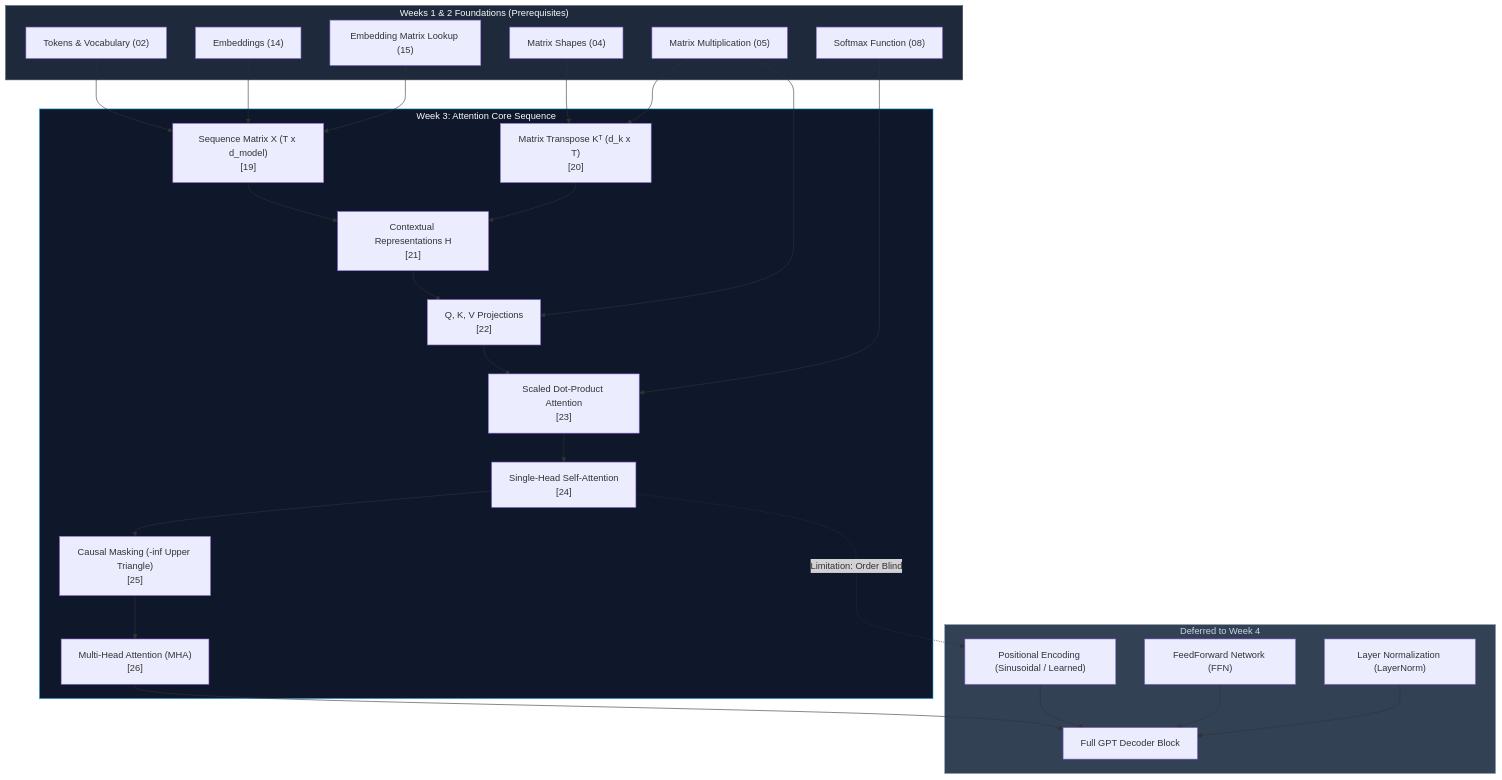
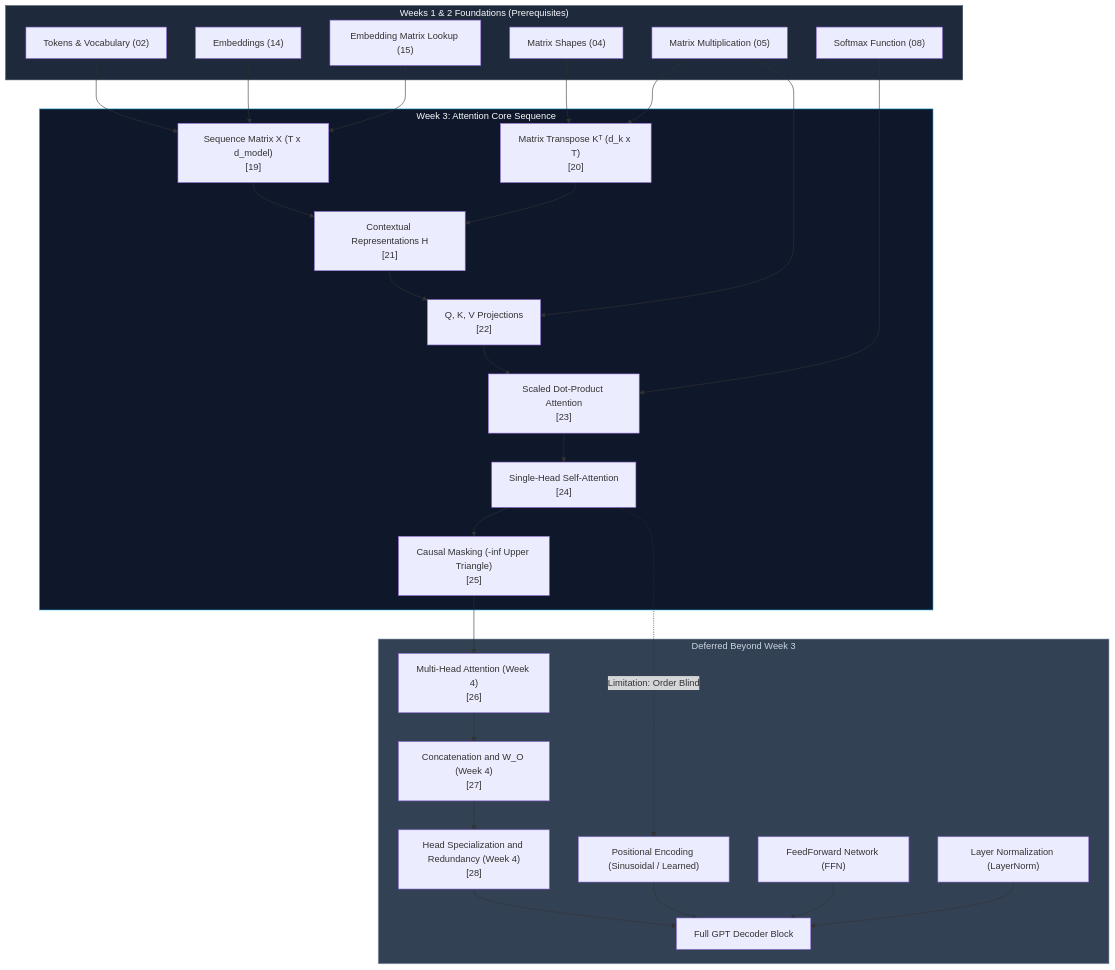
Before and after one commit to Nagaraj17/ai-learning-lab: the diagram in weekly curriculum/03-Attention/PREREQUISITE_MAP.md, drawn with Mermaid. The commit also changed 9 other files, not shown here.

Commit message:
Phase 1: scaffold Week 4 multi-head attention curriculum

````diff
--- a/weekly curriculum/03-Attention/PREREQUISITE_MAP.md
+++ b/weekly curriculum/03-Attention/PREREQUISITE_MAP.md
@@ -5,53 +5,57 @@
 ```mermaid
 flowchart TD
     subgraph W12 ["Weeks 1 & 2 Foundations (Prerequisites)"]
         style W12 fill:#1e293b,stroke:#475569,color:#f8fafc
         P02["Tokens & Vocabulary (02)"]
         P04["Matrix Shapes (04)"]
         P05["Matrix Multiplication (05)"]
         P08["Softmax Function (08)"]
         P14["Embeddings (14)"]
         P15["Embedding Matrix Lookup (15)"]
     end
 
     subgraph W3 ["Week 3: Attention Core Sequence"]
         style W3 fill:#0f172a,stroke:#38bdf8,color:#f8fafc
         T19["Sequence Matrix X (T x d_model)<br>[19]"]
         T20["Matrix Transpose Kᵀ (d_k x T)<br>[20]"]
         T21["Contextual Representations H<br>[21]"]
         T22["Q, K, V Projections<br>[22]"]
         T23["Scaled Dot-Product Attention<br>[23]"]
         T24["Single-Head Self-Attention<br>[24]"]
         T25["Causal Masking (-inf Upper Triangle)<br>[25]"]
-        T26["Multi-Head Attention (MHA)<br>[26]"]
     end
 
-    subgraph W4 ["Deferred to Week 4"]
+    subgraph W4 ["Deferred Beyond Week 3"]
         style W4 fill:#334155,stroke:#94a3b8,color:#cbd5e1
+        MHA["Multi-Head Attention (Week 4)<br>[26]"]
+        Concat["Concatenation and W_O (Week 4)<br>[27]"]
+        Heads["Head Specialization and Redundancy (Week 4)<br>[28]"]
         PosEnc["Positional Encoding (Sinusoidal / Learned)"]
         FFN["FeedForward Network (FFN)"]
         Norm["Layer Normalization (LayerNorm)"]
         Block["Full GPT Decoder Block"]
     end
 
     P02 --> T19
     P14 --> T19
     P15 --> T19
     P04 --> T20
     P05 --> T20
     T19 --> T21
     T20 --> T21
     T21 --> T22
     P05 --> T22
     T22 --> T23
     P08 --> T23
     T23 --> T24
     T24 --> T25
-    T25 --> T26
+    T25 --> MHA
+    MHA --> Concat
+    Concat --> Heads
 
     T24 -. Limitation: Order Blind .-> PosEnc
-    T26 --> Block
+    Heads --> Block
     PosEnc --> Block
     FFN --> Block
     Norm --> Block
 ```
````
